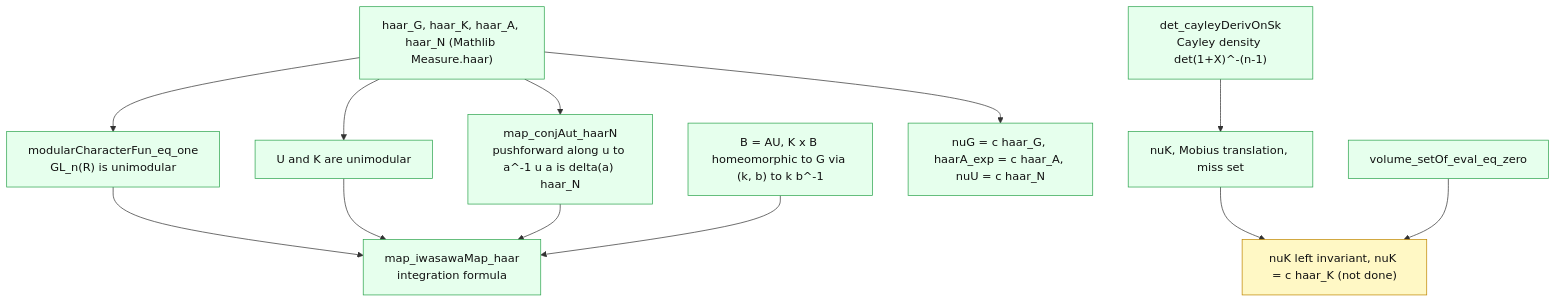
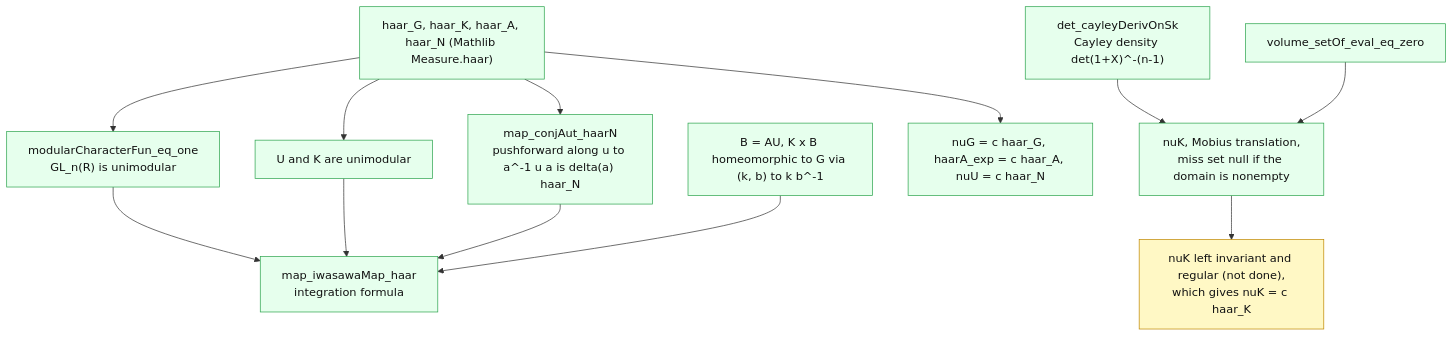
One commit to CuteSurtr/iwasawa-change-of-coordinates changed the diagram in docs/mathematics.md. Above: the diagram before and after it, drawn with Mermaid. The commit also changed other lines of this file and 7 other files, not shown here.

````diff
--- a/docs/mathematics.md
+++ b/docs/mathematics.md
@@ -631,27 +631,27 @@
 ```mermaid
 flowchart TD
     HG["haar_G, haar_K, haar_A, haar_N (Mathlib Measure.haar)"]
     UNI["modularCharacterFun_eq_one<br/>GL_n(R) is unimodular"]
     UNIU["U and K are unimodular"]
     CRUX["map_conjAut_haarN<br/>pushforward along u to a^-1 u a is delta(a) haar_N"]
     B["B = AU, K x B homeomorphic to G via (k, b) to k b^-1"]
     FORM["map_iwasawaMap_haar<br/>integration formula"]
     NUG["nuG = c haar_G, haarA_exp = c haar_A, nuU = c haar_N"]
     RHO["det_cayleyDerivOnSk<br/>Cayley density det(1+X)^-(n-1)"]
-    NUK["nuK, Mobius translation, miss set"]
+    NUK["nuK, Mobius translation,<br/>miss set null if the domain is nonempty"]
     POLY["volume_setOf_eval_eq_zero"]
-    INV["nuK left invariant, nuK = c haar_K (not done)"]
+    INV["nuK left invariant and regular (not done),<br/>which gives nuK = c haar_K"]
 
     HG --> UNI --> FORM
     HG --> UNIU --> FORM
     HG --> CRUX --> FORM
     B --> FORM
     HG --> NUG
     RHO --> NUK --> INV
-    POLY --> INV
+    POLY --> NUK
 
     classDef ok fill:#e6ffed,stroke:#2da44e,color:#111;
     classDef future fill:#fff8c5,stroke:#bf8700,color:#111;
     class HG,UNI,UNIU,CRUX,B,FORM,NUG,RHO,NUK,POLY ok;
     class INV future;
 ```
````
